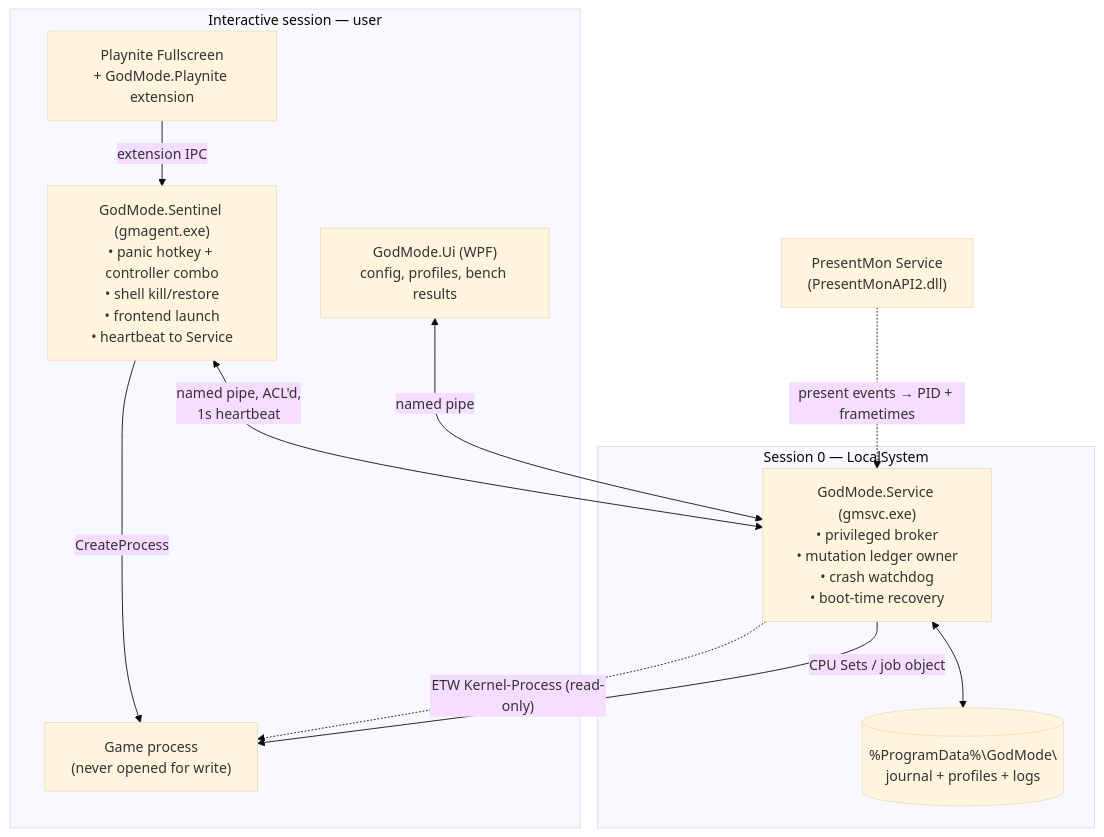
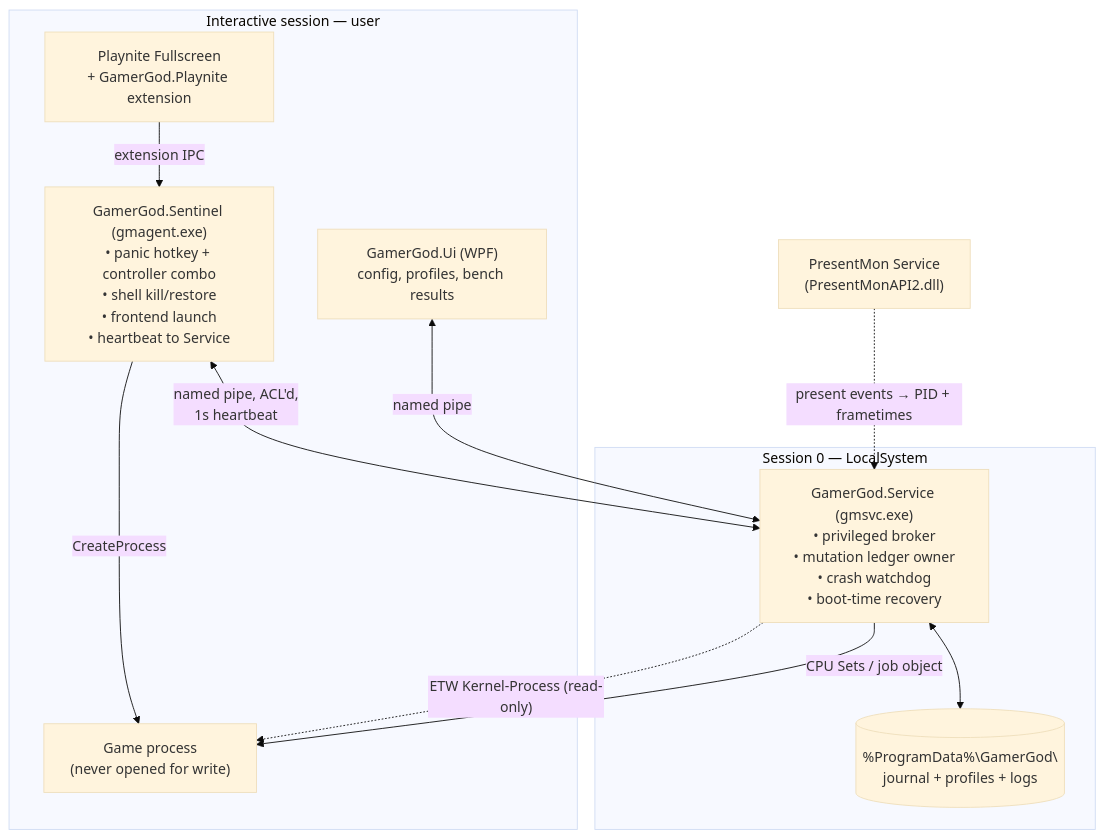
The first of 4 diagrams in docs/MASTER-PLAN.md (kosherplay-betatester/GamerGod-Microsoft-Sucks-Edition), drawn with Mermaid (base theme) before and after one commit. The commit also changed other lines of this file and 122 other files, not shown here.

````diff
--- a/docs/MASTER-PLAN.md
+++ b/docs/MASTER-PLAN.md
@@ -152,25 +152,25 @@
 ```mermaid
 flowchart TB
     subgraph S0["Session 0 — LocalSystem"]
-        SVC["GodMode.Service (gmsvc.exe)<br/>• privileged broker<br/>• mutation ledger owner<br/>• crash watchdog<br/>• boot-time recovery"]
-        JRN[("%ProgramData%\GodMode\<br/>journal + profiles + logs")]
+        SVC["GamerGod.Service (gmsvc.exe)<br/>• privileged broker<br/>• mutation ledger owner<br/>• crash watchdog<br/>• boot-time recovery"]
+        JRN[("%ProgramData%\GamerGod\<br/>journal + profiles + logs")]
         SVC <--> JRN
     end
 
     subgraph SN["Interactive session — user"]
-        SEN["GodMode.Sentinel (gmagent.exe)<br/>• panic hotkey + controller combo<br/>• shell kill/restore<br/>• frontend launch<br/>• heartbeat to Service"]
-        UI["GodMode.Ui (WPF)<br/>config, profiles, bench results"]
-        FE["Playnite Fullscreen<br/>+ GodMode.Playnite extension"]
+        SEN["GamerGod.Sentinel (gmagent.exe)<br/>• panic hotkey + controller combo<br/>• shell kill/restore<br/>• frontend launch<br/>• heartbeat to Service"]
+        UI["GamerGod.Ui (WPF)<br/>config, profiles, bench results"]
+        FE["Playnite Fullscreen<br/>+ GamerGod.Playnite extension"]
         GAME["Game process<br/>(never opened for write)"]
     end
 
     PMS["PresentMon Service<br/>(PresentMonAPI2.dll)"]
 
     SEN <-->|"named pipe, ACL'd,<br/>1s heartbeat"| SVC
     UI <-->|named pipe| SVC
     FE -->|extension IPC| SEN
     SEN -->|CreateProcess| GAME
     SVC -.->|"ETW Kernel-Process (read-only)"| GAME
     PMS -.->|"present events → PID + frametimes"| SVC
     SVC -->|"CPU Sets / job object"| GAME
 ```
````
